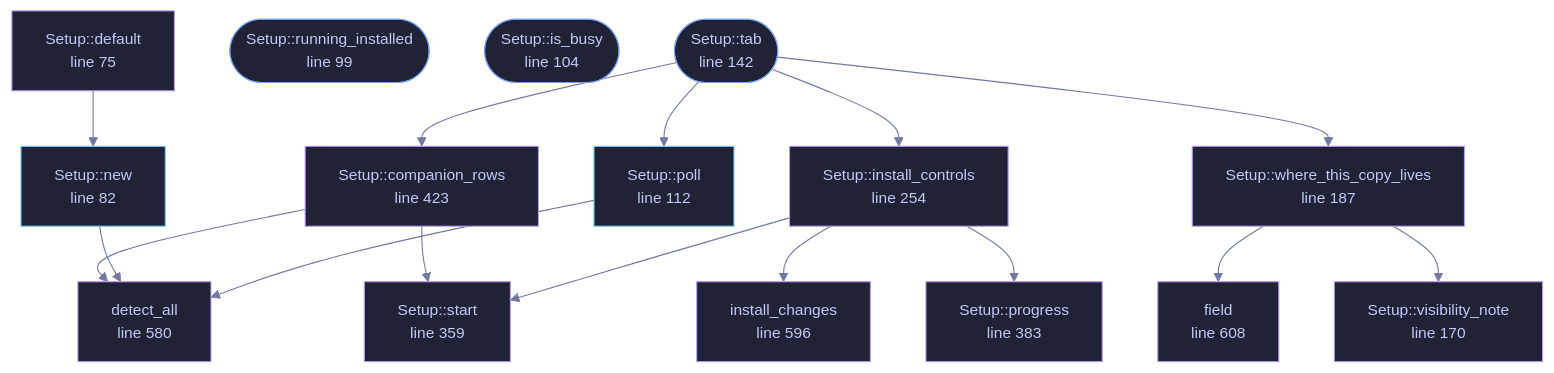
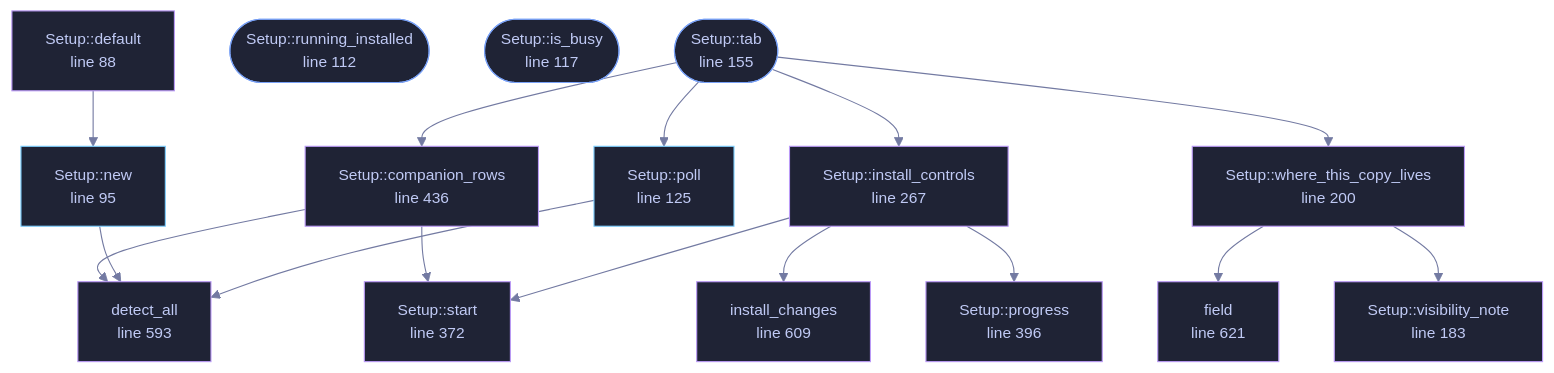
Before and after one commit to tilas01/veilvoice: the diagram in wiki/File-veilvoice-gui-setup.md, drawn with Mermaid. The commit also changed other lines of this file and 487 other files, not shown here.

````diff
--- a/wiki/File-veilvoice-gui-setup.md
+++ b/wiki/File-veilvoice-gui-setup.md
@@ -84,54 +98,54 @@
 ```mermaid
 %%{init: {"theme":"base","themeVariables":{"background":"#1a1b26","primaryColor":"#1f2335","primaryTextColor":"#c0caf5","primaryBorderColor":"#7aa2f7","secondaryColor":"#16161e","tertiaryColor":"#16161e","lineColor":"#737aa2","textColor":"#c0caf5","mainBkg":"#1f2335","nodeBorder":"#7aa2f7","clusterBkg":"#16161e","clusterBorder":"#2f3549","fontFamily":"ui-monospace, SFMono-Regular, Consolas, monospace","fontSize":"14px"}}}%%
 flowchart TD
-    n_default["Setup::default<br/>line 75"]
-    n_new["Setup::new<br/>line 82"]
-    n_running_installed(["Setup::running_installed<br/>line 99"])
-    n_is_busy(["Setup::is_busy<br/>line 104"])
-    n_poll["Setup::poll<br/>line 112"]
-    n_tab(["Setup::tab<br/>line 142"])
-    n_visibility_note["Setup::visibility_note<br/>line 170"]
-    n_where_this_copy_lives["Setup::where_this_copy_lives<br/>line 187"]
-    n_install_controls["Setup::install_controls<br/>line 254"]
-    n_start["Setup::start<br/>line 359"]
-    n_progress["Setup::progress<br/>line 383"]
-    n_companion_rows["Setup::companion_rows<br/>line 423"]
-    n_detect_all["detect_all<br/>line 580"]
-    n_install_changes["install_changes<br/>line 596"]
-    n_field["field<br/>line 608"]
+    n_default["Setup::default<br/>line 88"]
+    n_new["Setup::new<br/>line 95"]
+    n_running_installed(["Setup::running_installed<br/>line 112"])
+    n_is_busy(["Setup::is_busy<br/>line 117"])
+    n_poll["Setup::poll<br/>line 125"]
+    n_tab(["Setup::tab<br/>line 155"])
+    n_visibility_note["Setup::visibility_note<br/>line 183"]
+    n_where_this_copy_lives["Setup::where_this_copy_lives<br/>line 200"]
+    n_install_controls["Setup::install_controls<br/>line 267"]
+    n_start["Setup::start<br/>line 372"]
+    n_progress["Setup::progress<br/>line 396"]
+    n_companion_rows["Setup::companion_rows<br/>line 436"]
+    n_detect_all["detect_all<br/>line 593"]
+    n_install_changes["install_changes<br/>line 609"]
+    n_field["field<br/>line 621"]
     n_companion_rows --> n_detect_all
     n_companion_rows --> n_start
     n_default --> n_new
     n_install_controls --> n_install_changes
     n_install_controls --> n_progress
     n_install_controls --> n_start
     n_new --> n_detect_all
     n_poll --> n_detect_all
     n_tab --> n_companion_rows
     n_tab --> n_install_controls
     n_tab --> n_poll
     n_tab --> n_where_this_copy_lives
     n_where_this_copy_lives --> n_field
     n_where_this_copy_lives --> n_visibility_note
-    click n_default href "https://github.com/tilas01/veilvoice/blob/main/crates/veilvoice-gui/src/setup.rs#L75" "open the source"
-    click n_new href "https://github.com/tilas01/veilvoice/blob/main/crates/veilvoice-gui/src/setup.rs#L82" "open the source"
-    click n_running_installed href "https://github.com/tilas01/veilvoice/blob/main/crates/veilvoice-gui/src/setup.rs#L99" "open the source"
-    click n_is_busy href "https://github.com/tilas01/veilvoice/blob/main/crates/veilvoice-gui/src/setup.rs#L104" "open the source"
-    click n_poll href "https://github.com/tilas01/veilvoice/blob/main/crates/veilvoice-gui/src/setup.rs#L112" "open the source"
-    click n_tab href "https://github.com/tilas01/veilvoice/blob/main/crates/veilvoice-gui/src/setup.rs#L142" "open the source"
-    click n_visibility_note href "https://github.com/tilas01/veilvoice/blob/main/crates/veilvoice-gui/src/setup.rs#L170" "open the source"
-    click n_where_this_copy_lives href "https://github.com/tilas01/veilvoice/blob/main/crates/veilvoice-gui/src/setup.rs#L187" "open the source"
-    click n_install_controls href "https://github.com/tilas01/veilvoice/blob/main/crates/veilvoice-gui/src/setup.rs#L254" "open the source"
-    click n_start href "https://github.com/tilas01/veilvoice/blob/main/crates/veilvoice-gui/src/setup.rs#L359" "open the source"
-    click n_progress href "https://github.com/tilas01/veilvoice/blob/main/crates/veilvoice-gui/src/setup.rs#L383" "open the source"
-    click n_companion_rows href "https://github.com/tilas01/veilvoice/blob/main/crates/veilvoice-gui/src/setup.rs#L423" "open the source"
-    click n_detect_all href "https://github.com/tilas01/veilvoice/blob/main/crates/veilvoice-gui/src/setup.rs#L580" "open the source"
-    click n_install_changes href "https://github.com/tilas01/veilvoice/blob/main/crates/veilvoice-gui/src/setup.rs#L596" "open the source"
-    click n_field href "https://github.com/tilas01/veilvoice/blob/main/crates/veilvoice-gui/src/setup.rs#L608" "open the source"
+    click n_default href "https://github.com/tilas01/veilvoice/blob/main/crates/veilvoice-gui/src/setup.rs#L88" "open the source"
+    click n_new href "https://github.com/tilas01/veilvoice/blob/main/crates/veilvoice-gui/src/setup.rs#L95" "open the source"
+    click n_running_installed href "https://github.com/tilas01/veilvoice/blob/main/crates/veilvoice-gui/src/setup.rs#L112" "open the source"
+    click n_is_busy href "https://github.com/tilas01/veilvoice/blob/main/crates/veilvoice-gui/src/setup.rs#L117" "open the source"
+    click n_poll href "https://github.com/tilas01/veilvoice/blob/main/crates/veilvoice-gui/src/setup.rs#L125" "open the source"
+    click n_tab href "https://github.com/tilas01/veilvoice/blob/main/crates/veilvoice-gui/src/setup.rs#L155" "open the source"
+    click n_visibility_note href "https://github.com/tilas01/veilvoice/blob/main/crates/veilvoice-gui/src/setup.rs#L183" "open the source"
+    click n_where_this_copy_lives href "https://github.com/tilas01/veilvoice/blob/main/crates/veilvoice-gui/src/setup.rs#L200" "open the source"
+    click n_install_controls href "https://github.com/tilas01/veilvoice/blob/main/crates/veilvoice-gui/src/setup.rs#L267" "open the source"
+    click n_start href "https://github.com/tilas01/veilvoice/blob/main/crates/veilvoice-gui/src/setup.rs#L372" "open the source"
+    click n_progress href "https://github.com/tilas01/veilvoice/blob/main/crates/veilvoice-gui/src/setup.rs#L396" "open the source"
+    click n_companion_rows href "https://github.com/tilas01/veilvoice/blob/main/crates/veilvoice-gui/src/setup.rs#L436" "open the source"
+    click n_detect_all href "https://github.com/tilas01/veilvoice/blob/main/crates/veilvoice-gui/src/setup.rs#L593" "open the source"
+    click n_install_changes href "https://github.com/tilas01/veilvoice/blob/main/crates/veilvoice-gui/src/setup.rs#L609" "open the source"
+    click n_field href "https://github.com/tilas01/veilvoice/blob/main/crates/veilvoice-gui/src/setup.rs#L621" "open the source"
     classDef entry fill:#1f2335,stroke:#7aa2f7,color:#c0caf5
     class n_running_installed,n_is_busy,n_tab entry
     classDef api fill:#1f2335,stroke:#7dcfff,color:#c0caf5
     class n_new,n_poll api
     classDef helper fill:#1f2335,stroke:#bb9af7,color:#c0caf5
     class n_default,n_visibility_note,n_where_this_copy_lives,n_install_controls,n_start,n_progress,n_companion_rows,n_detect_all,n_install_changes,n_field helper
 ```
````
